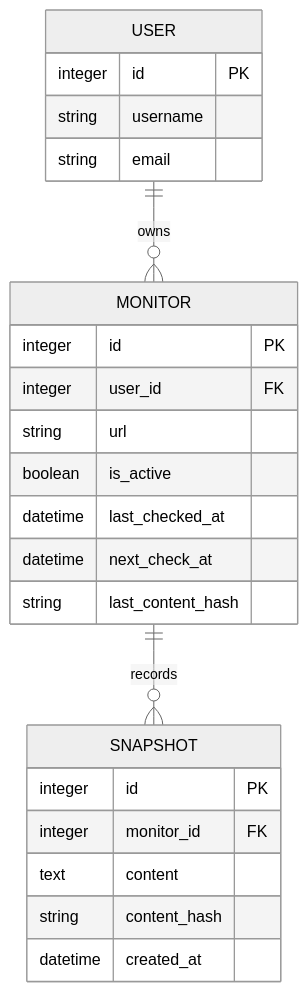
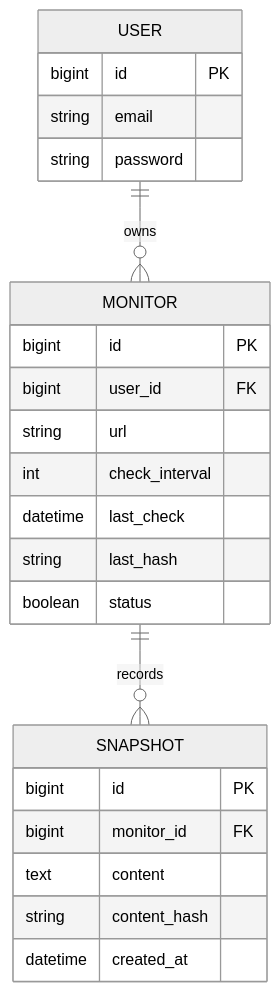
The sixth of 7 diagrams in README.md (maZen04/trackly), drawn with Mermaid (neutral theme) before and after one commit. The commit also changed other lines of this file, not shown here.

````diff
--- a/README.md
+++ b/README.md
@@ -196,29 +234,29 @@
 ```mermaid
 erDiagram
     USER ||--o{ MONITOR : owns
     MONITOR ||--o{ SNAPSHOT : records
 
     USER {
-        integer id PK
-        string username
+        bigint id PK
         string email
+        string password
     }
 
     MONITOR {
-        integer id PK
-        integer user_id FK
+        bigint id PK
+        bigint user_id FK
         string url
-        boolean is_active
-        datetime last_checked_at
-        datetime next_check_at
-        string last_content_hash
+        int check_interval
+        datetime last_check
+        string last_hash
+        boolean status
     }
 
     SNAPSHOT {
-        integer id PK
-        integer monitor_id FK
+        bigint id PK
+        bigint monitor_id FK
         text content
         string content_hash
         datetime created_at
     }
 ```
````
